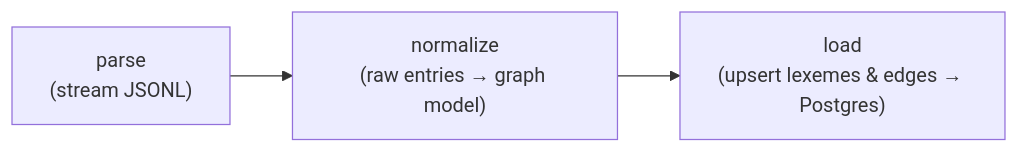
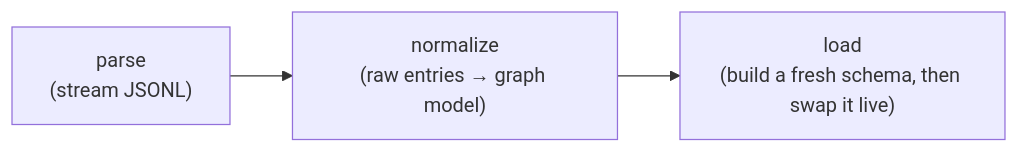
One commit to van-riper/etymyriad changed the diagram in etl/README.md. Above: the diagram before and after it, drawn with Mermaid. The commit also changed other lines of this file and 2 other files, not shown here.

````diff
--- a/etl/README.md
+++ b/etl/README.md
@@ -5,4 +5,4 @@
 ```mermaid
 flowchart LR
-    parse["parse<br/>(stream JSONL)"] --> normalize["normalize<br/>(raw entries → graph model)"] --> load["load<br/>(upsert lexemes & edges → Postgres)"]
+    parse["parse<br/>(stream JSONL)"] --> normalize["normalize<br/>(raw entries → graph model)"] --> load["load<br/>(build a fresh schema, then swap it live)"]
 ```
````
